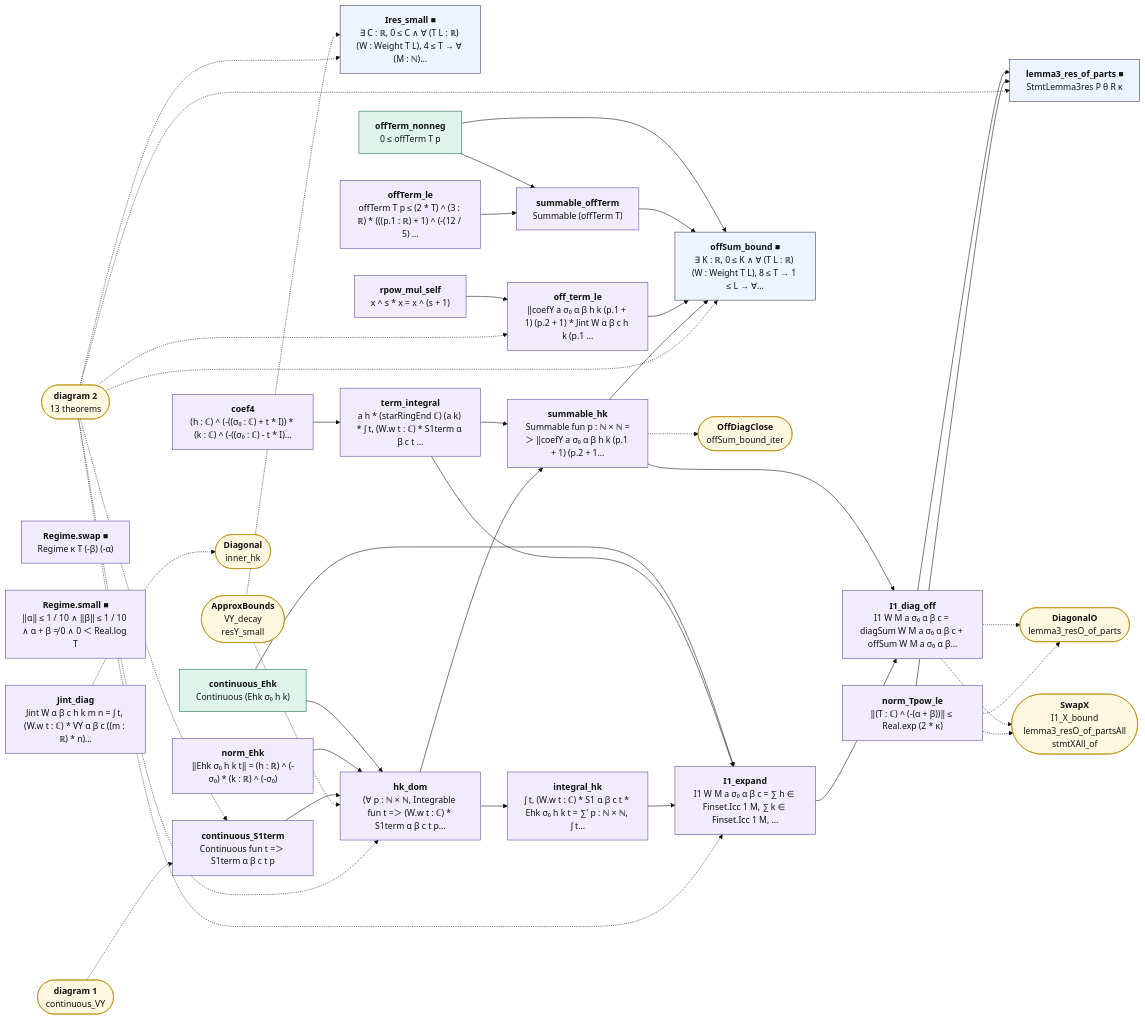
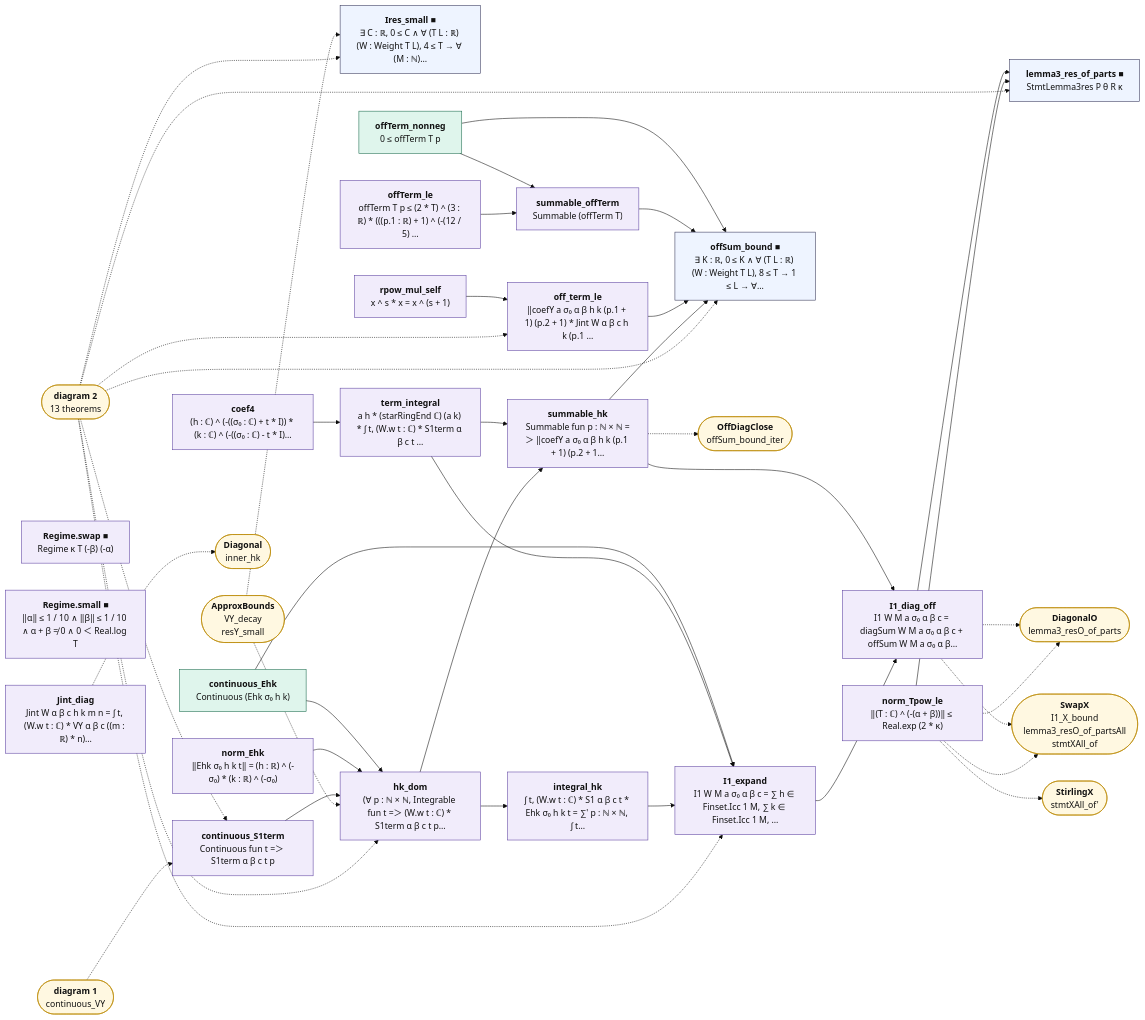
The diagram in map/lean_stage3/TwistedMoment.3.mmd (juliansambranojr/Primebeat_081426), drawn with Mermaid (base theme) before and after one commit. The commit also changed 21 other files, not shown here.

```diff
--- a/map/lean_stage3/TwistedMoment.3.mmd
+++ b/map/lean_stage3/TwistedMoment.3.mmd
@@ -1,75 +1,77 @@
 flowchart LR
   n0["<b>Ires_small ■</b><br/>∃ C : ℝ, 0 ≤ C ∧ ∀ (T L : ℝ) (W : Weight T L), 4 ≤ T → ∀ (M : ℕ)…"]:::thm
   n1["<b>coef4</b><br/>(h : ℂ) ^ (-((σ₀ : ℂ) + t * I)) * (k : ℂ) ^ (-((σ₀ : ℂ) - t * I)…"]:::shp
   n2["<b>continuous_Ehk</b><br/>Continuous (Ehk σ₀ h k)"]:::cnt
   n3["<b>norm_Ehk</b><br/>‖Ehk σ₀ h k t‖ = (h : ℝ) ^ (-σ₀) * (k : ℝ) ^ (-σ₀)"]:::shp
   n4["<b>term_integral</b><br/>a h * (starRingEnd ℂ) (a k) * ∫ t, (W.w t : ℂ) * S1term α β c t …"]:::shp
   n5["<b>continuous_S1term</b><br/>Continuous fun t =＞ S1term α β c t p"]:::shp
   n6["<b>hk_dom</b><br/>(∀ p : ℕ × ℕ, Integrable fun t =＞ (W.w t : ℂ) * S1term α β c t p…"]:::shp
   n7["<b>integral_hk</b><br/>∫ t, (W.w t : ℂ) * S1 α β c t * Ehk σ₀ h k t = ∑' p : ℕ × ℕ, ∫ t…"]:::shp
   n8["<b>summable_hk</b><br/>Summable fun p : ℕ × ℕ =＞ ‖coefY a σ₀ α β h k (p.1 + 1) (p.2 + 1…"]:::shp
   n9["<b>I1_expand</b><br/>I1 W M a σ₀ α β c = ∑ h ∈ Finset.Icc 1 M, ∑ k ∈ Finset.Icc 1 M, …"]:::shp
   n10["<b>Jint_diag</b><br/>Jint W α β c h k m n = ∫ t, (W.w t : ℂ) * VY α β c ((m : ℝ) * n)…"]:::shp
   n11["<b>I1_diag_off</b><br/>I1 W M a σ₀ α β c = diagSum W M a σ₀ α β c + offSum W M a σ₀ α β…"]:::shp
   n12["<b>offTerm_nonneg</b><br/>0 ≤ offTerm T p"]:::cnt
   n13["<b>offTerm_le</b><br/>offTerm T p ≤ (2 * T) ^ (3 : ℝ) * (((p.1 : ℝ) + 1) ^ (-(12 / 5) …"]:::shp
   n14["<b>summable_offTerm</b><br/>Summable (offTerm T)"]:::shp
   n15["<b>rpow_mul_self</b><br/>x ^ s * x = x ^ (s + 1)"]:::shp
   n16["<b>off_term_le</b><br/>‖coefY a σ₀ α β h k (p.1 + 1) (p.2 + 1) * Jint W α β c h k (p.1 …"]:::shp
   n17["<b>offSum_bound ■</b><br/>∃ K : ℝ, 0 ≤ K ∧ ∀ (T L : ℝ) (W : Weight T L), 8 ≤ T → 1 ≤ L → ∀…"]:::thm
   n18["<b>Regime.swap ■</b><br/>Regime κ T (-β) (-α)"]:::shp
   n19["<b>Regime.small ■</b><br/>‖α‖ ≤ 1 / 10 ∧ ‖β‖ ≤ 1 / 10 ∧ α + β ≠ 0 ∧ 0 ＜ Real.log T"]:::shp
   n20["<b>norm_Tpow_le</b><br/>‖(T : ℂ) ^ (-(α + β))‖ ≤ Real.exp (2 * κ)"]:::shp
   n21["<b>lemma3_res_of_parts ■</b><br/>StmtLemma3res P θ R κ"]:::thm
   x0(["<b>ApproxBounds</b><br/>VY_decay<br/>resY_small"]):::ext
   x1(["<b>diagram 2</b><br/>13 theorems"]):::ext
   x2(["<b>diagram 1</b><br/>continuous_VY"]):::ext
   x3(["<b>OffDiagClose</b><br/>offSum_bound_iter"]):::ext
   x4(["<b>Diagonal</b><br/>inner_hk"]):::ext
   x5(["<b>DiagonalO</b><br/>lemma3_resO_of_parts"]):::ext
   x6(["<b>SwapX</b><br/>I1_X_bound<br/>lemma3_resO_of_partsAll<br/>stmtXAll_of"]):::ext
+  x7(["<b>StirlingX</b><br/>stmtXAll_of'"]):::ext
   n1 --> n4
   n11 --> n21
   n12 --> n14
   n12 --> n17
   n13 --> n14
   n14 --> n17
   n15 --> n16
   n16 --> n17
   n2 --> n6
   n2 --> n9
   n20 --> n21
   n3 --> n6
   n4 --> n8
   n4 --> n9
   n5 --> n6
   n6 --> n7
   n6 --> n8
   n7 --> n9
   n8 --> n11
   n8 --> n17
   n9 --> n11
   n10 -.-> x4
   n11 -.-> x5
   n11 -.-> x6
   n20 -.-> x5
   n20 -.-> x6
+  n20 -.-> x7
   n8 -.-> x3
   x0 -.-> n0
   x0 -.-> n6
   x1 -.-> n0
   x1 -.-> n16
   x1 -.-> n17
   x1 -.-> n21
   x1 -.-> n5
   x1 -.-> n6
   x1 -.-> n9
   x2 -.-> n5
   classDef cnt fill:#dff5ec,stroke:#17694a,color:#111
   classDef shp fill:#f1ecfb,stroke:#5b3fa0,color:#111
   classDef rh fill:#ffe5e5,stroke:#c22,color:#111,stroke-width:2px
   classDef thm fill:#eef4ff,stroke:#335,color:#111
   classDef end_ fill:#e7f7e7,stroke:#2a7,color:#111,stroke-width:2px
   classDef lone fill:#fff,stroke:#999,color:#111,stroke-dasharray:4 3
   classDef bad fill:#ffe5e5,stroke:#c22,color:#111,stroke-width:2px
   classDef ext fill:#fff8e1,stroke:#b80,color:#111
```
